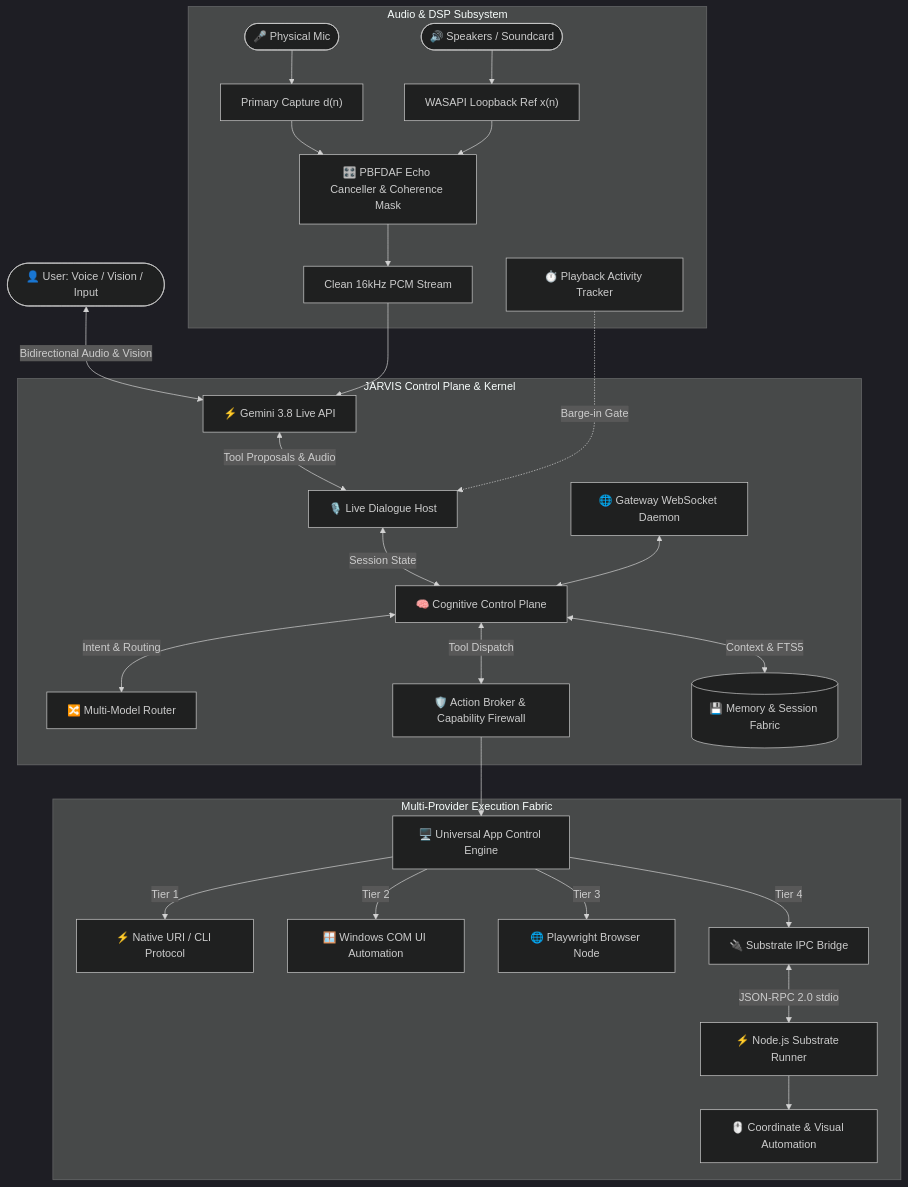
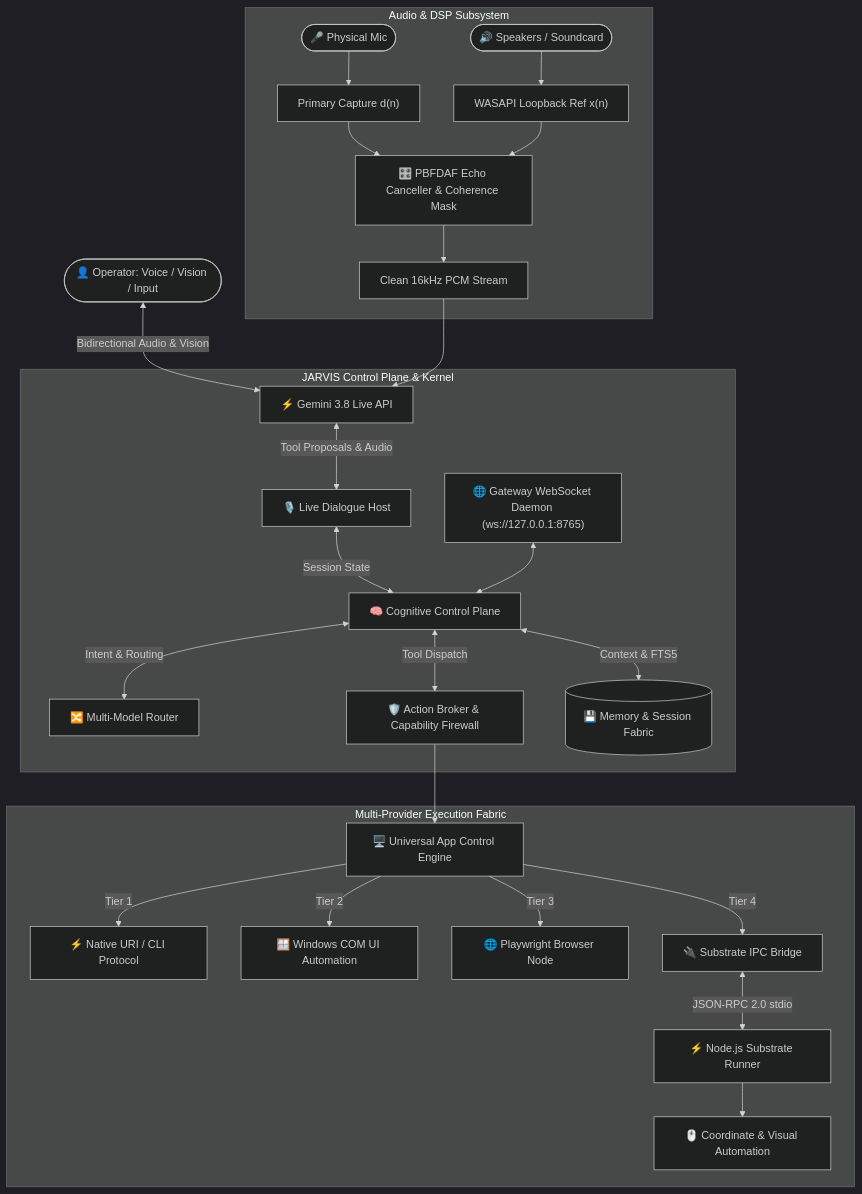
One commit to deepakrakshit/jarvis-ai changed the diagram in README.md. Above: the diagram before and after it, drawn with Mermaid (dark theme). The commit also changed other lines of this file and 40 other files, not shown here.

Commit message:
feat(core): overhaul architecture and governance docs, refine voice UI and protocol events

````diff
--- a/README.md
+++ b/README.md
@@ -66,33 +63,32 @@
 ```mermaid
 graph TD
-    User(["👤 User: Voice / Vision / Input"]) <-->|Bidirectional Audio & Vision| GeminiLive["⚡ Gemini 3.8 Live API"]
+    Operator(["👤 Operator: Voice / Vision / Input"]) <-->|Bidirectional Audio & Vision| GeminiLive["⚡ Gemini 3.8 Live API"]
     
     subgraph JARVIS_CORE ["JARVIS Control Plane & Kernel"]
         GeminiLive <-->|Tool Proposals & Audio| DialogueHost["🎙️ Live Dialogue Host"]
         DialogueHost <-->|Session State| ControlPlane["🧠 Cognitive Control Plane"]
         ControlPlane <-->|Intent & Routing| ModelRouter["🔀 Multi-Model Router"]
         ControlPlane <-->|Tool Dispatch| ActionBroker["🛡️ Action Broker & Capability Firewall"]
         ControlPlane <-->|Context & FTS5| MemoryFabric[("💾 Memory & Session Fabric")]
-        Gateway["🌐 Gateway WebSocket Daemon"] <--> ControlPlane
+        Gateway["🌐 Gateway WebSocket Daemon (ws://127.0.0.1:8765)"] <--> ControlPlane
     end
 
     subgraph AUDIO_PIPELINE ["Audio & DSP Subsystem"]
         Microphone(["🎤 Physical Mic"]) --> PrimaryStream["Primary Capture d(n)"]
         Speakers(["🔊 Speakers / Soundcard"]) --> WASAPILoopback["WASAPI Loopback Ref x(n)"]
         PrimaryStream --> AEC["🎛️ PBFDAF Echo Canceller & Coherence Mask"]
         WASAPILoopback --> AEC
         AEC --> CleanMic["Clean 16kHz PCM Stream"] --> GeminiLive
-        SpeakersTracker["⏱️ Playback Activity Tracker"] -.->|Barge-in Gate| DialogueHost
     end
 
     subgraph EXECUTION_FABRIC ["Multi-Provider Execution Fabric"]
         ActionBroker --> AppControl["🖥️ Universal App Control Engine"]
         AppControl -->|Tier 1| NativeURI["⚡ Native URI / CLI Protocol"]
         AppControl -->|Tier 2| COM_UIA["🪟 Windows COM UI Automation"]
         AppControl -->|Tier 3| BrowserNode["🌐 Playwright Browser Node"]
         AppControl -->|Tier 4| SubstrateBridge["🔌 Substrate IPC Bridge"]
         
         SubstrateBridge <-->|JSON-RPC 2.0 stdio| SubstrateRunner["⚡ Node.js Substrate Runner"]
         SubstrateRunner --> CoordinateCUA["🖱️ Coordinate & Visual Automation"]
     end
 ```
````
